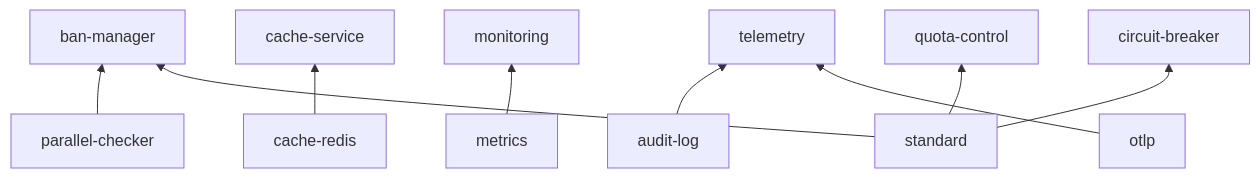
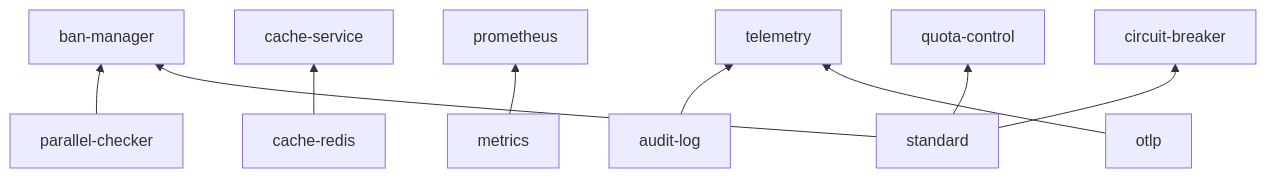
The third of 3 diagrams in docs/ARCHITECTURE.md (Kirky-X/limiteron), drawn with Mermaid before and after one commit. The commit also changed other lines of this file and 4 other files, not shown here.

````diff
--- a/docs/ARCHITECTURE.md
+++ b/docs/ARCHITECTURE.md
@@ -144,11 +144,11 @@
 ```mermaid
 flowchart BT
     PC["parallel-checker"] --> BM["ban-manager"]
     CR["cache-redis"] --> CSV["cache-service"]
-    MET["metrics"] --> MON["monitoring"]
+    MET["metrics"] --> PRO["prometheus"]
     AL["audit-log"] --> TEL["telemetry"]
     OTLP["otlp"] --> TEL
     STD["standard"] --> BM
     STD --> QC["quota-control"]
     STD --> CBR["circuit-breaker"]
 ```
````
